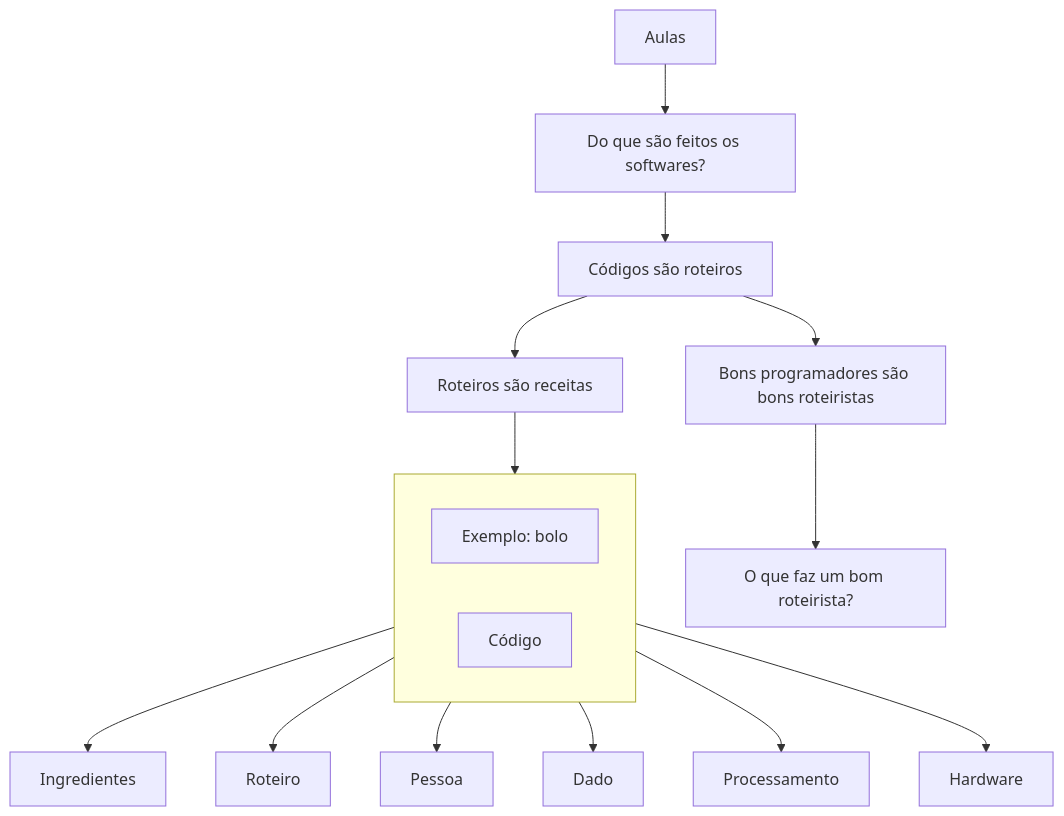
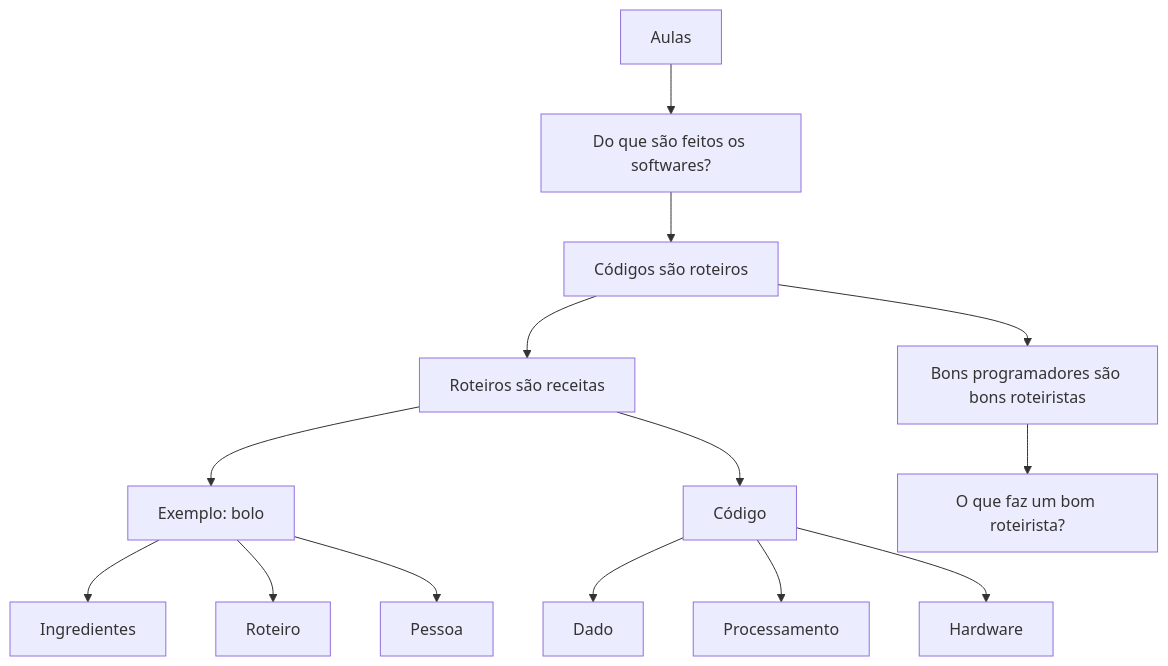
The diagram in aulas/README.md (laerciogermano/workstation), drawn with Mermaid before and after one commit.

Commit message:
Remove subgraphs do Mermaid: só árvore com filhos diretos.

````diff
--- a/aulas/README.md
+++ b/aulas/README.md
@@ -3,28 +3,30 @@
 ```mermaid
 flowchart TD
   A[Aulas]
   B[Do que são feitos os softwares?]
   C[Códigos são roteiros]
   D[Roteiros são receitas]
+  DX[Exemplo: bolo]
+  D1[Ingredientes]
+  D2[Roteiro]
+  D3[Pessoa]
+  CG[Código]
+  CG1[Dado]
+  CG2[Processamento]
+  CG3[Hardware]
   E[Bons programadores são bons roteiristas]
   F[O que faz um bom roteirista?]
   A --> B
   B --> C
   C --> D
   C --> E
   E --> F
-  D --> lado
-
-  subgraph lado[" "]
-    direction LR
-    DX[Exemplo: bolo]
-    CG[Código]
-  end
-
-  DX --> D1[Ingredientes]
-  DX --> D2[Roteiro]
-  DX --> D3[Pessoa]
-  CG --> CG1[Dado]
-  CG --> CG2[Processamento]
-  CG --> CG3[Hardware]
+  D --> DX
+  D --> CG
+  DX --> D1
+  DX --> D2
+  DX --> D3
+  CG --> CG1
+  CG --> CG2
+  CG --> CG3
 ```
````
